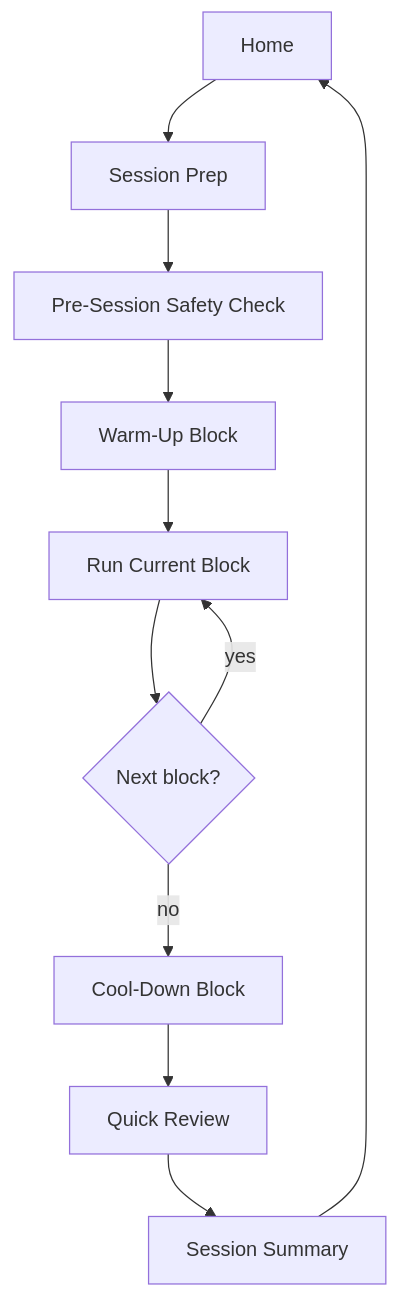
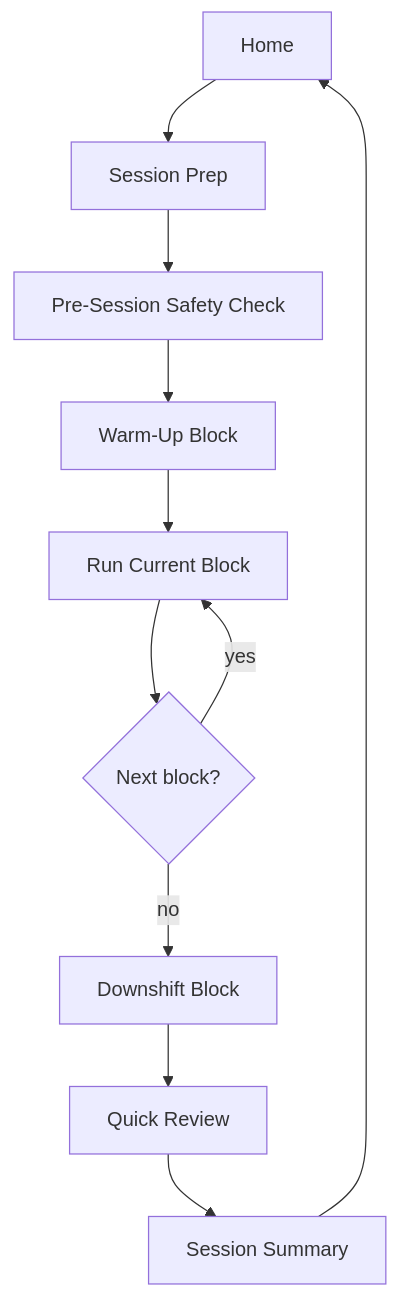
One commit to NickCorneau/volley_drills changed the diagram in docs/specs/m001-courtside-run-flow.md. Above: the diagram before and after it, drawn with Mermaid. The commit also changed other lines of this file and 158 other files, not shown here.

````diff
--- a/docs/specs/m001-courtside-run-flow.md
+++ b/docs/specs/m001-courtside-run-flow.md
@@ -65,13 +65,13 @@
 ```mermaid
 flowchart TD
     home[Home] --> prep[Session Prep]
     prep --> safetyCheck[Pre-Session Safety Check]
     safetyCheck --> warmup[Warm-Up Block]
     warmup --> runBlock[Run Current Block]
     runBlock --> nextBlock{Next block?}
     nextBlock -->|yes| runBlock
-    nextBlock -->|no| cooldown[Cool-Down Block]
-    cooldown --> review[Quick Review]
+    nextBlock -->|no| downshift[Downshift Block]
+    downshift --> review[Quick Review]
     review --> summary[Session Summary]
     summary --> home
 ```
````
